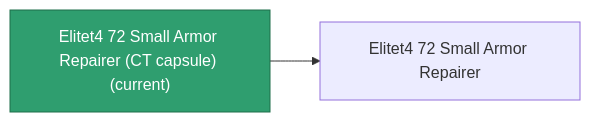
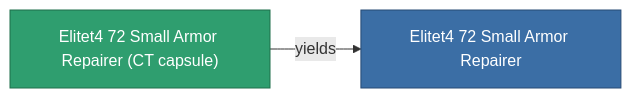
Before and after one commit to OpenPerpetuum/Wiki: the diagram in content/content/items/elitet4_72_small_armor_repairer_CT_capsule.md, drawn with Mermaid. The commit also changed other lines of this file and 2015 other files, not shown here.

````diff
--- a/content/content/items/elitet4_72_small_armor_repairer_CT_capsule.md
+++ b/content/content/items/elitet4_72_small_armor_repairer_CT_capsule.md
@@ -33,8 +33,9 @@
 ```mermaid
 graph LR
-    a["Elitet4 72 Small Armor Repairer (CT capsule) (current)"]:::current
-    b["Elitet4 72 Small Armor Repairer"]
-    a --> b
-    click b "/content/items/elitet4-72-small-armor-repairer/" "Elitet4 72 Small Armor Repairer"
+    a["Elitet4 72 Small Armor Repairer (CT capsule)"]:::current
+    b["Elitet4 72 Small Armor Repairer"]:::finished
+    a -->|yields| b
+                click b "/content/items/elitet4-72-small-armor-repairer/" "Elitet4 72 Small Armor Repairer"
     classDef current fill:#2f9e6f,stroke:#1f6f4a,color:#ffffff
+    classDef finished fill:#3b6ea5,stroke:#274a75,color:#ffffff
 ```
````
